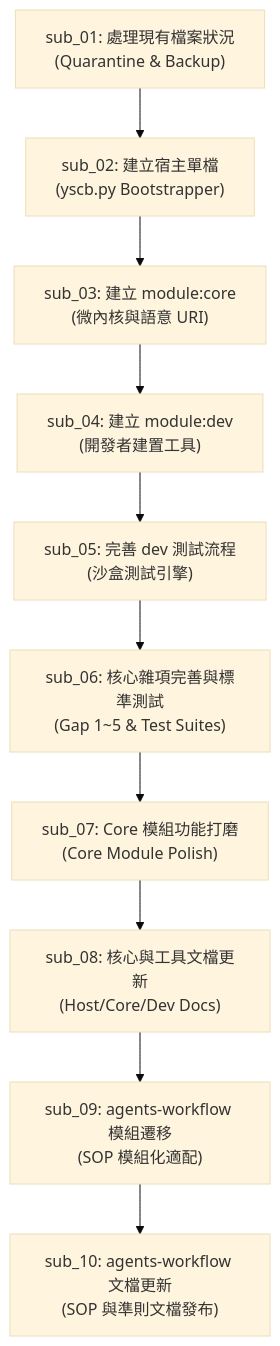
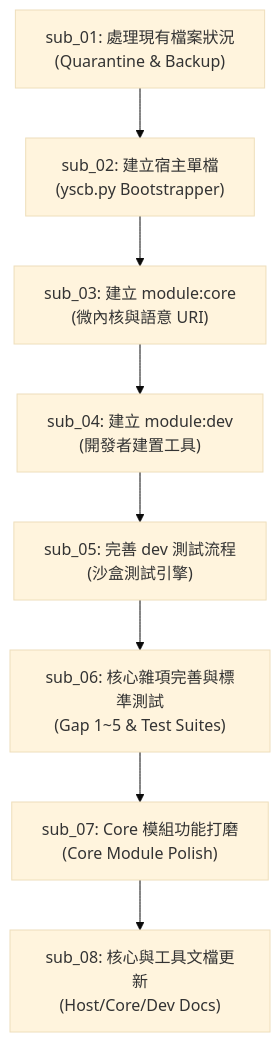
The diagram in plans/2026_08_23_2030_architecture_refactor/umbrella_overview.md (ysnaive/ys-codebase), drawn with Mermaid (base theme) before and after one commit. The commit also changed other lines of this file and 14 other files, not shown here.

````diff
--- a/plans/2026_08_23_2030_architecture_refactor/umbrella_overview.md
+++ b/plans/2026_08_23_2030_architecture_refactor/umbrella_overview.md
@@ -38,12 +37,10 @@
 ```mermaid
 flowchart TD
     sub_01["sub_01: 處理現有檔案狀況<br/>(Quarantine & Backup)"] --> sub_02["sub_02: 建立宿主單檔<br/>(yscb.py Bootstrapper)"]
     sub_02 --> sub_03["sub_03: 建立 module:core<br/>(微內核與語意 URI)"]
     sub_03 --> sub_04["sub_04: 建立 module:dev<br/>(開發者建置工具)"]
     sub_04 --> sub_05["sub_05: 完善 dev 測試流程<br/>(沙盒測試引擎)"]
     sub_05 --> sub_06["sub_06: 核心雜項完善與標準測試<br/>(Gap 1~5 & Test Suites)"]
     sub_06 --> sub_07["sub_07: Core 模組功能打磨<br/>(Core Module Polish)"]
     sub_07 --> sub_08["sub_08: 核心與工具文檔更新<br/>(Host/Core/Dev Docs)"]
-    sub_08 --> sub_09["sub_09: agents-workflow 模組遷移<br/>(SOP 模組化適配)"]
-    sub_09 --> sub_10["sub_10: agents-workflow 文檔更新<br/>(SOP 與準則文檔發布)"]
 ```
````
